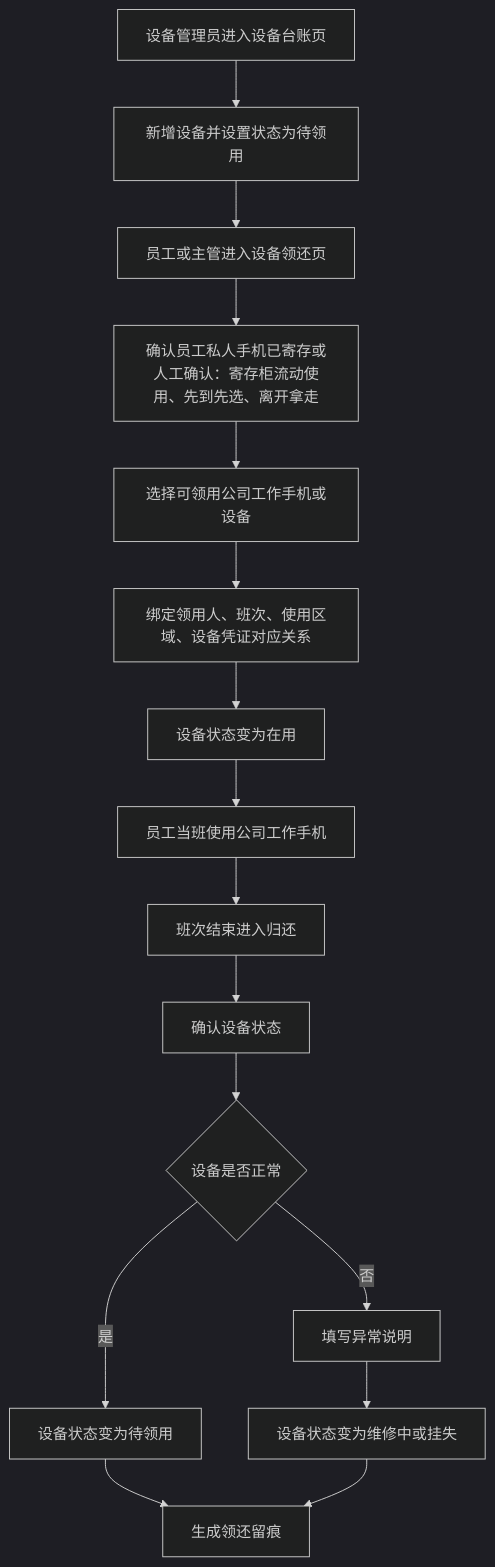
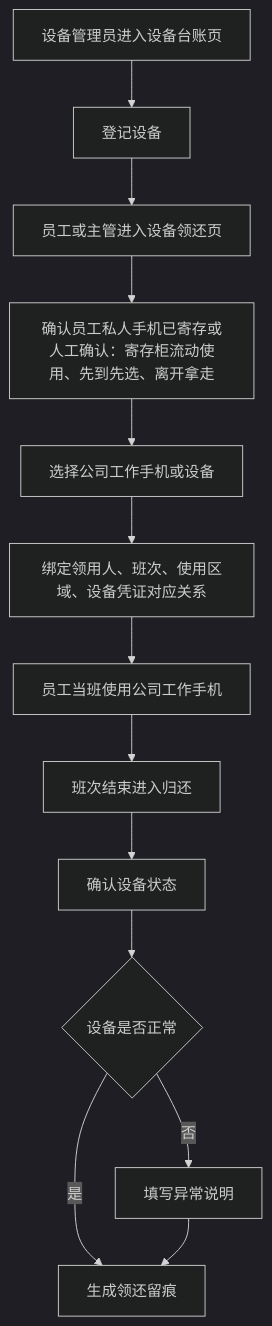
Before and after one commit to jxh1979/mall: diagram 12 of 17 in docs/platform-governance-product-spec-v0.2.md, drawn with Mermaid (dark theme). The commit also changed other lines of this file and 4 other files, not shown here.

````diff
--- a/docs/platform-governance-product-spec-v0.2.md
+++ b/docs/platform-governance-product-spec-v0.2.md
@@ -1933,18 +1897,15 @@
 ```mermaid
 flowchart TD
-    A["设备管理员进入设备台账页"] --> B["新增设备并设置状态为待领用"]
+    A["设备管理员进入设备台账页"] --> B["登记设备"]
     B --> C["员工或主管进入设备领还页"]
     C --> D["确认员工私人手机已寄存或人工确认：寄存柜流动使用、先到先选、离开拿走"]
-    D --> E["选择可领用公司工作手机或设备"]
+    D --> E["选择公司工作手机或设备"]
     E --> F["绑定领用人、班次、使用区域、设备凭证对应关系"]
-    F --> G["设备状态变为在用"]
-    G --> H["员工当班使用公司工作手机"]
+    F --> H["员工当班使用公司工作手机"]
     H --> I["班次结束进入归还"]
     I --> J["确认设备状态"]
     J --> K{"设备是否正常"}
-    K -- "是" --> L["设备状态变为待领用"]
+    K -- "是" --> O["生成领还留痕"]
     K -- "否" --> M["填写异常说明"]
-    M --> N["设备状态变为维修中或挂失"]
-    L --> O["生成领还留痕"]
-    N --> O
+    M --> O
 ```
````
